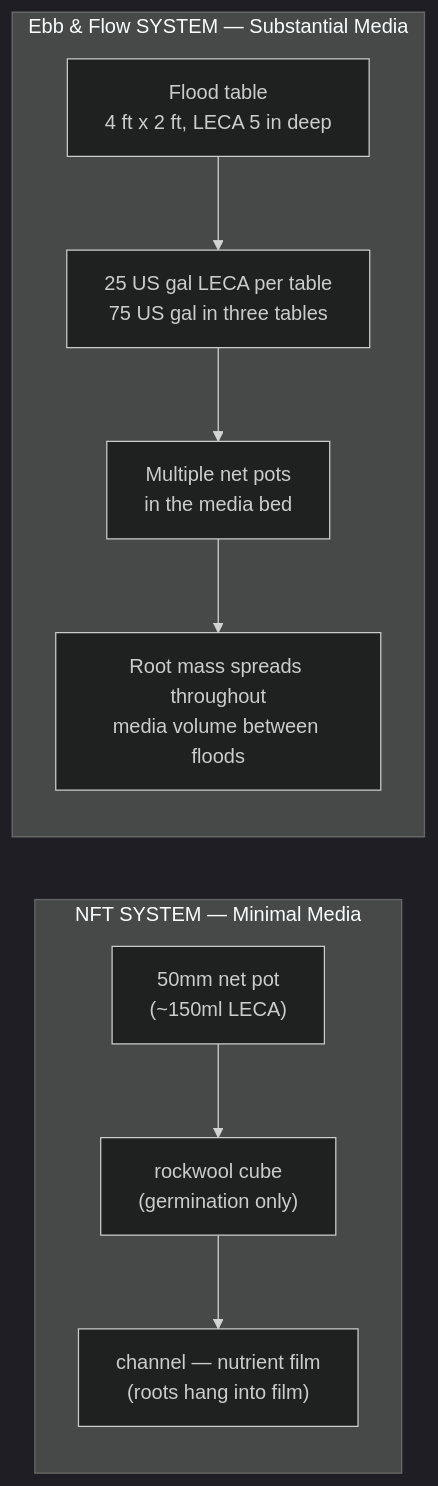
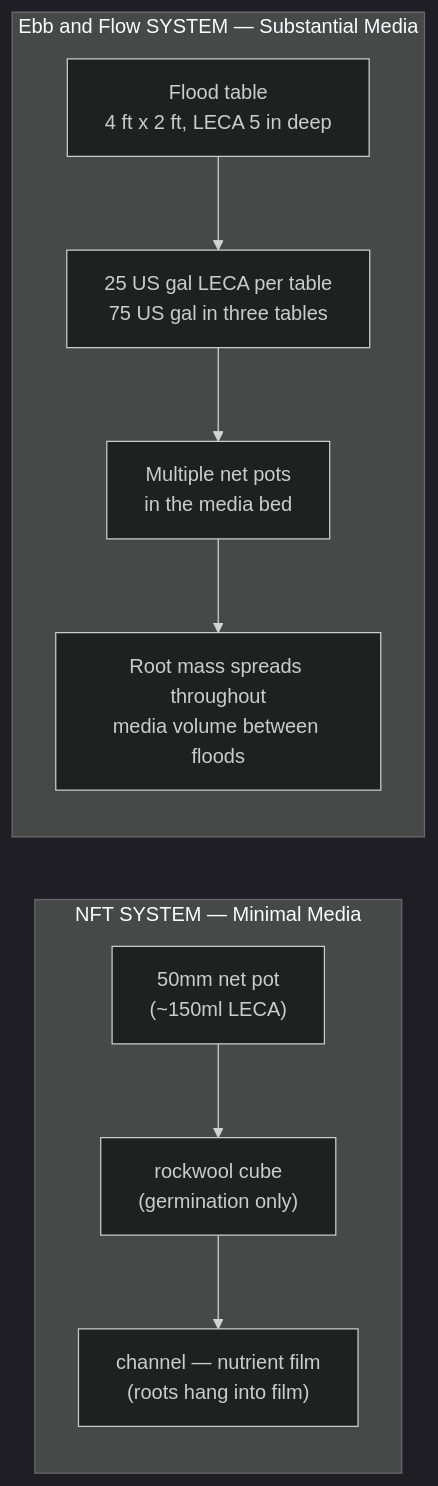
The first of 2 diagrams in guide/ebb-and-flow/05-growing-media.md (UncleJS/guide_hydroponics), drawn with Mermaid (dark theme) before and after one commit. The commit also changed 18 other files, not shown here.

````diff
--- a/guide/ebb-and-flow/05-growing-media.md
+++ b/guide/ebb-and-flow/05-growing-media.md
@@ -58,17 +58,17 @@
 ```mermaid
 flowchart LR
     subgraph NFT["NFT SYSTEM — Minimal Media"]
         NP["50mm net pot<br/>(~150ml LECA)"]
         RW["rockwool cube<br/>(germination only)"]
         CH["channel — nutrient film<br/>(roots hang into film)"]
         NP --> RW --> CH
     end
 
-    subgraph EF["Ebb &amp; Flow SYSTEM — Substantial Media"]
+    subgraph EF["Ebb and Flow SYSTEM — Substantial Media"]
         TABLE["Flood table<br/>4 ft x 2 ft, LECA 5 in deep"]
         LECA["25 US gal LECA per table<br/>75 US gal in three tables"]
         NP2["Multiple net pots<br/>in the media bed"]
         ROOTS["Root mass spreads throughout<br/>media volume between floods"]
         TABLE --> LECA --> NP2 --> ROOTS
     end
 ```
````
